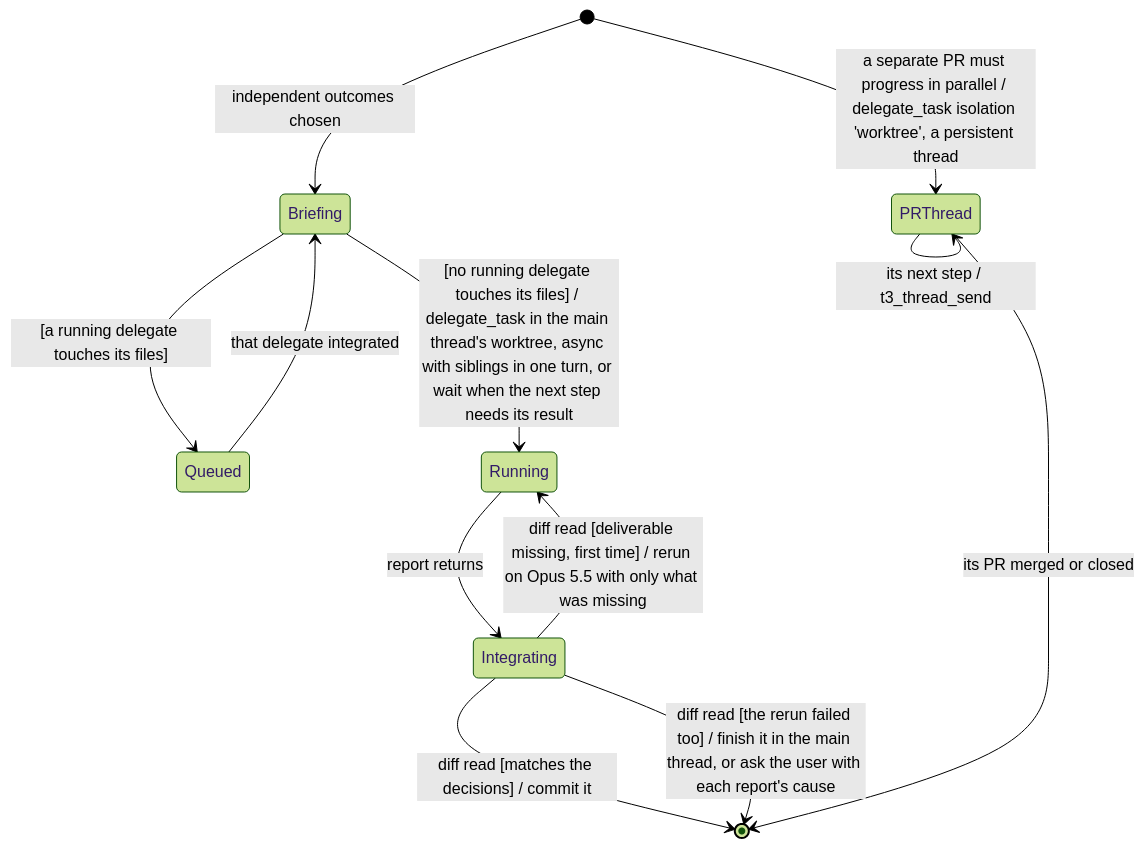
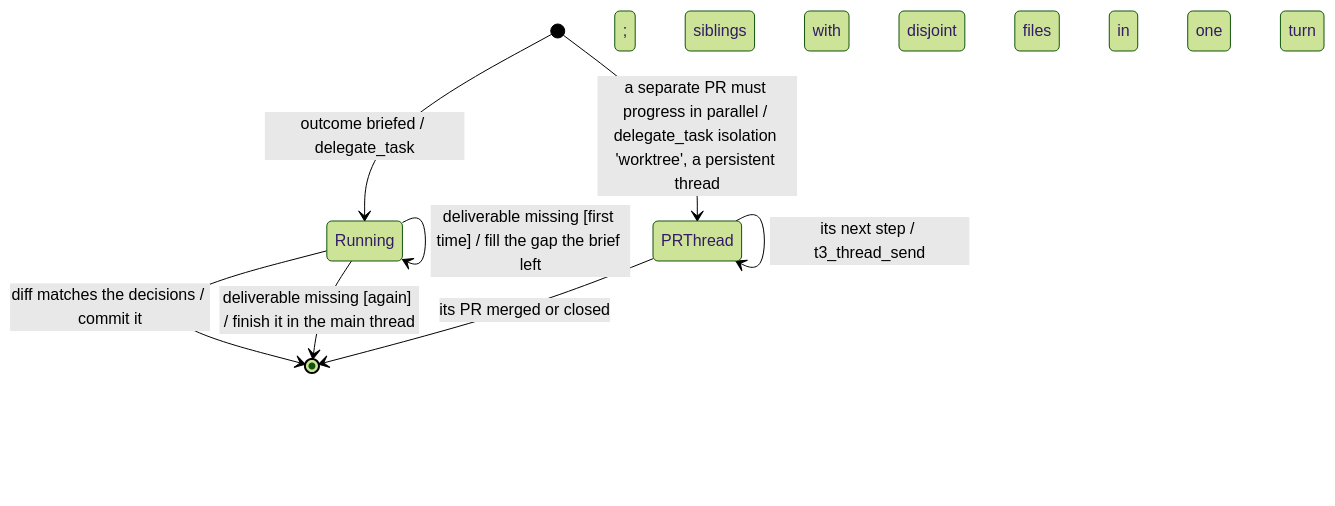
Before and after one commit to MP281X/deslop: the second of 3 diagrams in .claude/skills/orchestrator/SKILL.md, drawn with Mermaid (forest theme). The commit also changed other lines of this file and 5 other files, not shown here.

````diff
--- a/.claude/skills/orchestrator/SKILL.md
+++ b/.claude/skills/orchestrator/SKILL.md
@@ -53,14 +48,10 @@
 ```mermaid
 stateDiagram-v2
-    [*] --> Briefing : independent outcomes chosen
-    Briefing --> Queued : [a running delegate touches its files]
-    Queued --> Briefing : that delegate integrated
-    Briefing --> Running : [no running delegate touches its files] / delegate_task in the main thread's worktree, async with siblings in one turn, or wait when the next step needs its result
-    Running --> Integrating : report returns
-    Integrating --> [*] : diff read [matches the decisions] / commit it
-    Integrating --> Running : diff read [deliverable missing, first time] / rerun on Opus 5.5 with only what was missing
-    Integrating --> [*] : diff read [the rerun failed too] / finish it in the main thread, or ask the user with each report's cause
+    [*] --> Running : outcome briefed / delegate_task; siblings with disjoint files in one turn
+    Running --> [*] : diff matches the decisions / commit it
+    Running --> Running : deliverable missing [first time] / fill the gap the brief left
+    Running --> [*] : deliverable missing [again] / finish it in the main thread
     [*] --> PRThread : a separate PR must progress in parallel / delegate_task isolation 'worktree', a persistent thread
     PRThread --> PRThread : its next step / t3_thread_send
     PRThread --> [*] : its PR merged or closed
 ```
````
